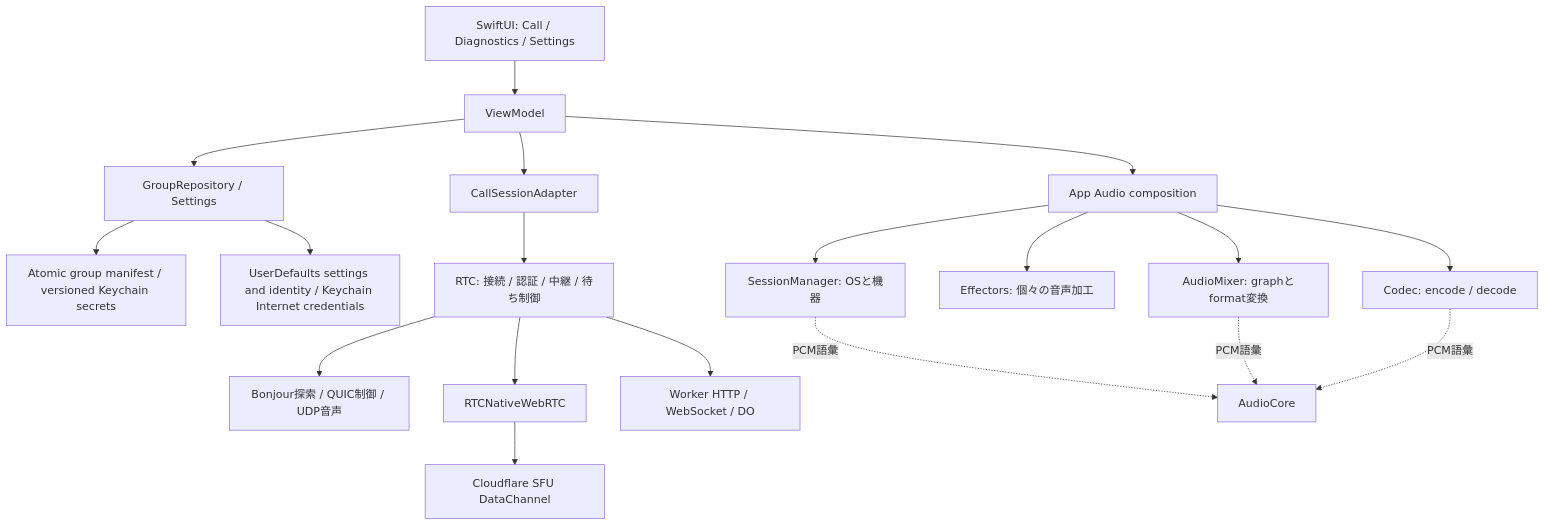
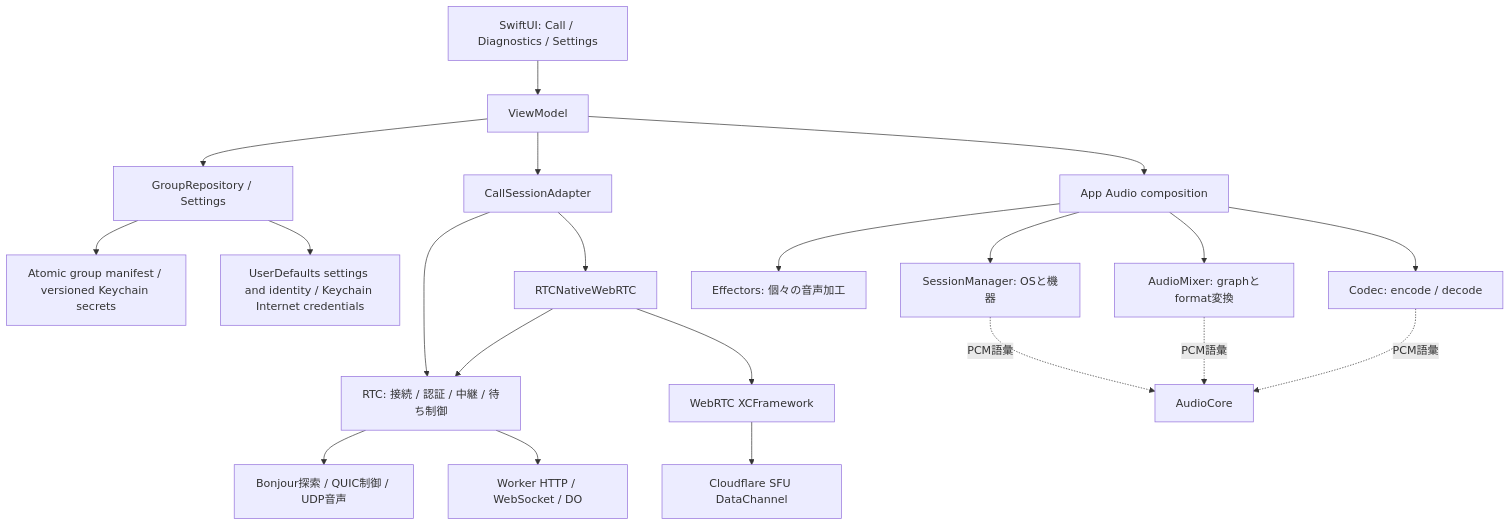
One commit to eroccowaruico/RideCom changed the first of 2 diagrams in docs/spec/アーキテクチャ.md. Above: the diagram before and after it, drawn with Mermaid. The commit also changed other lines of this file and 5 other files, not shown here.

````diff
--- a/docs/spec/アーキテクチャ.md
+++ b/docs/spec/アーキテクチャ.md
@@ -34,21 +34,23 @@
 ```mermaid
 flowchart TD
     UI[SwiftUI: Call / Diagnostics / Settings] --> VM[ViewModel]
     VM --> State[GroupRepository / Settings]
     State --> Manifest[Atomic group manifest / versioned Keychain secrets]
     State --> Settings[UserDefaults settings and identity / Keychain Internet credentials]
     VM --> Audio[App Audio composition]
     VM --> Transport[CallSessionAdapter]
     Audio --> Session[SessionManager: OSと機器]
     Audio --> Mixer[AudioMixer: graphとformat変換]
     Audio --> FX[Effectors: 個々の音声加工]
     Audio --> Codec[Codec: encode / decode]
     Transport --> RTC[RTC: 接続 / 認証 / 中継 / 待ち制御]
+    Transport --> Native[RTCNativeWebRTC]
+    Native --> RTC
+    Native --> SDK[WebRTC XCFramework]
+    SDK --> SFU[Cloudflare SFU DataChannel]
     RTC --> Local[Bonjour探索 / QUIC制御 / UDP音声]
-    RTC --> Native[RTCNativeWebRTC]
-    Native --> SFU[Cloudflare SFU DataChannel]
     RTC --> Worker[Worker HTTP / WebSocket / DO]
     Session -. PCM語彙 .-> Core[AudioCore]
     Mixer -. PCM語彙 .-> Core
     Codec -. PCM語彙 .-> Core
 ```
````
